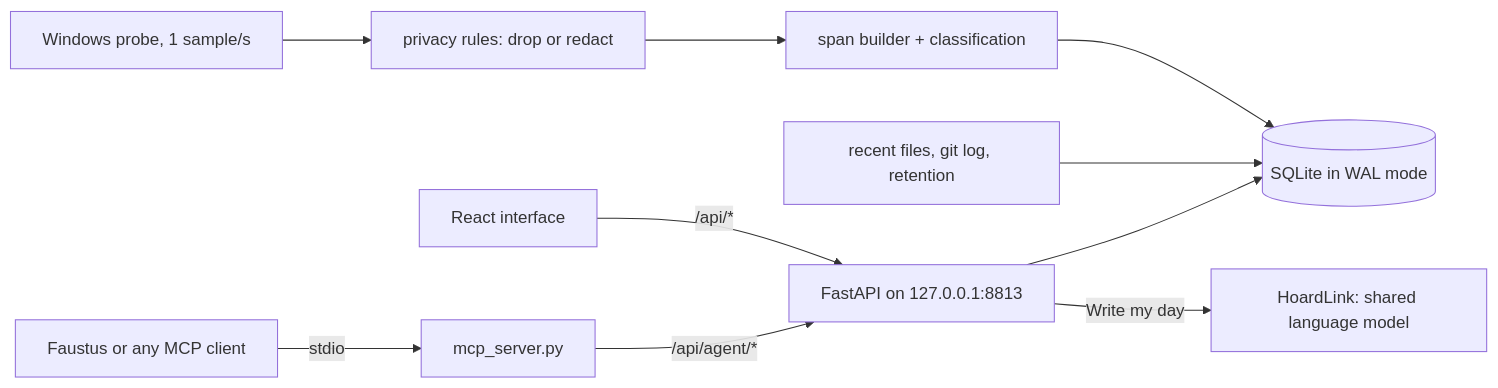
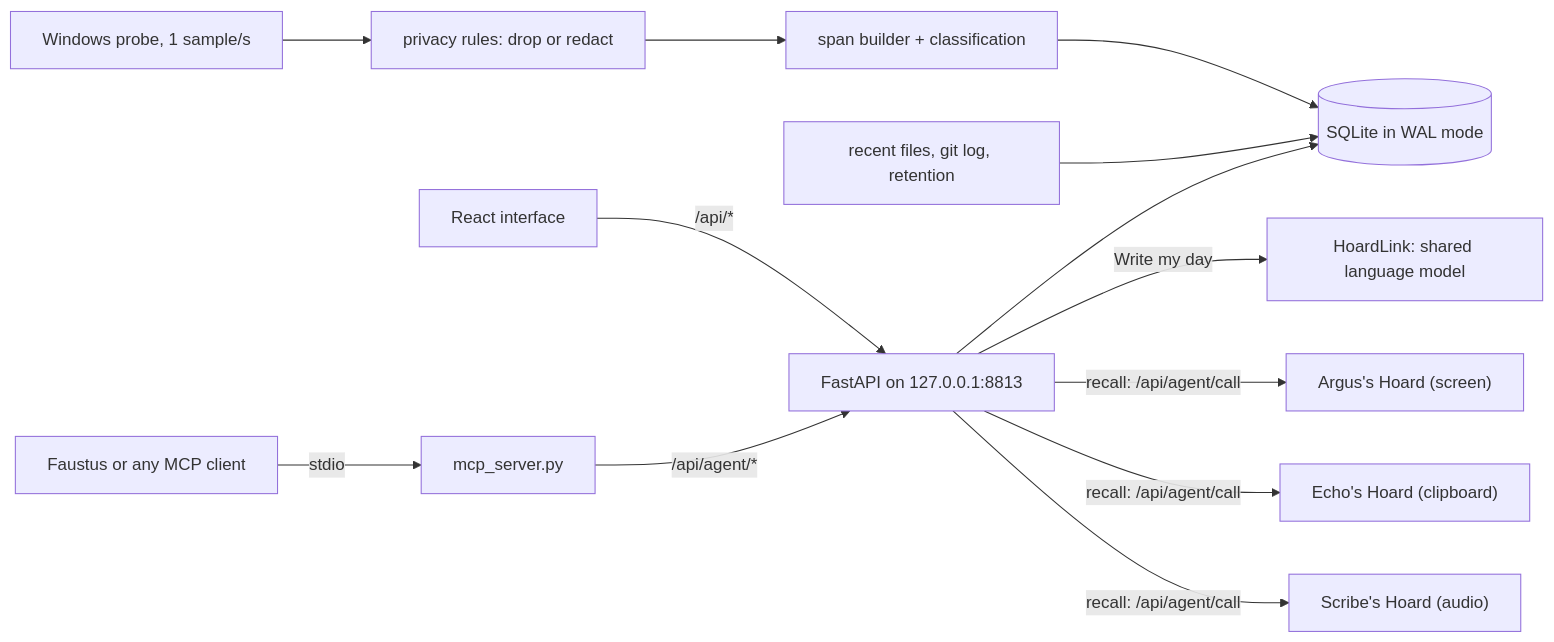
The diagram in README.md (Luissalet/FunesHoard), drawn with Mermaid before and after one commit. The commit also changed other lines of this file and 18 other files, not shown here.

First line of the commit message:
feat: federate Argus, Echo and Scribe into one recall timeline

````diff
--- a/README.md
+++ b/README.md
@@ -191,12 +202,15 @@
 ```mermaid
 flowchart LR
   Probe["Windows probe, 1 sample/s"] --> Privacy["privacy rules: drop or redact"]
   Privacy --> Spans["span builder + classification"]
   Spans --> DB[("SQLite in WAL mode")]
   Pollers["recent files, git log, retention"] --> DB
   UI["React interface"] -->|"/api/*"| API["FastAPI on 127.0.0.1:8813"]
   Model["Faustus or any MCP client"] -->|stdio| MCP["mcp_server.py"]
   MCP -->|"/api/agent/*"| API
   API --> DB
   API -->|"Write my day"| Link["HoardLink: shared language model"]
+  API -->|"recall: /api/agent/call"| Argus["Argus's Hoard (screen)"]
+  API -->|"recall: /api/agent/call"| Echo["Echo's Hoard (clipboard)"]
+  API -->|"recall: /api/agent/call"| Scribe["Scribe's Hoard (audio)"]
 ```
````
